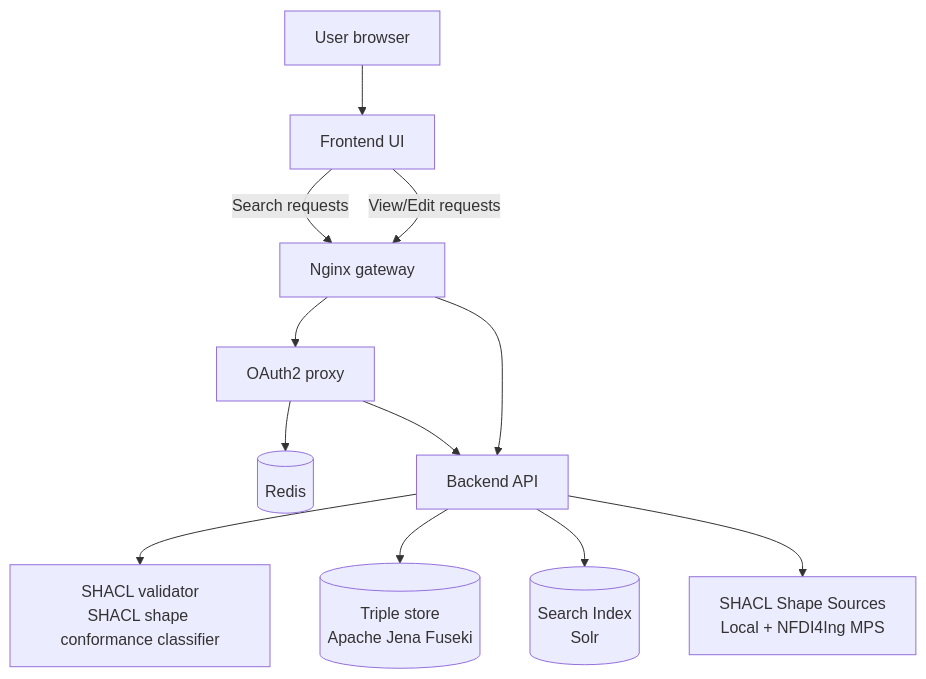
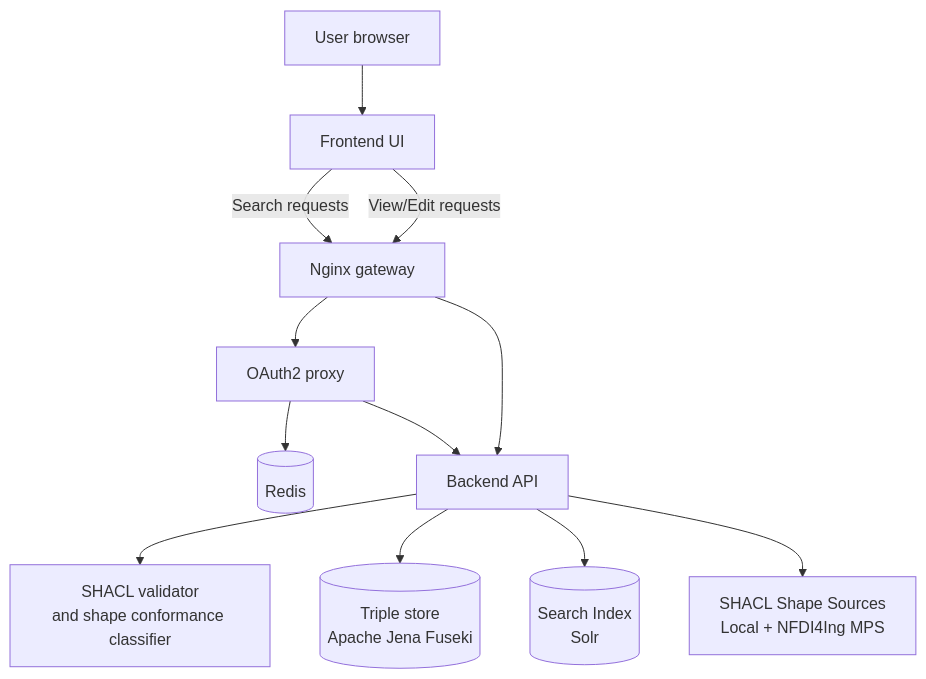
One commit to ULB-Darmstadt/rdf-store changed the diagram in README.md. Above: the diagram before and after it, drawn with Mermaid.

````diff
--- a/README.md
+++ b/README.md
@@ -64,25 +64,25 @@
 ```mermaid
 flowchart TB
     User[User browser]
     Frontend[Frontend UI]
     Gateway[Nginx gateway]
     OAuth[OAuth2 proxy]
     Redis[(Redis)]
     App[Backend API]
-    Validator[SHACL validator<br/>SHACL shape conformance classifier]
+    Validator[SHACL validator<br/>and shape conformance classifier]
     Fuseki[(Triple store<br/>Apache Jena Fuseki)]
     Solr[(Search Index<br/>Solr)]
     Profiles[SHACL Shape Sources<br/>Local + NFDI4Ing MPS]
 
     User --> Frontend
     Frontend -->|Search requests| Gateway
     Frontend -->|View/Edit requests| Gateway
     Gateway --> OAuth
     OAuth --> Redis
     OAuth --> App
     Gateway --> App
     App --> Validator
     App --> Fuseki
     App --> Solr
     App --> Profiles
 ```
````
